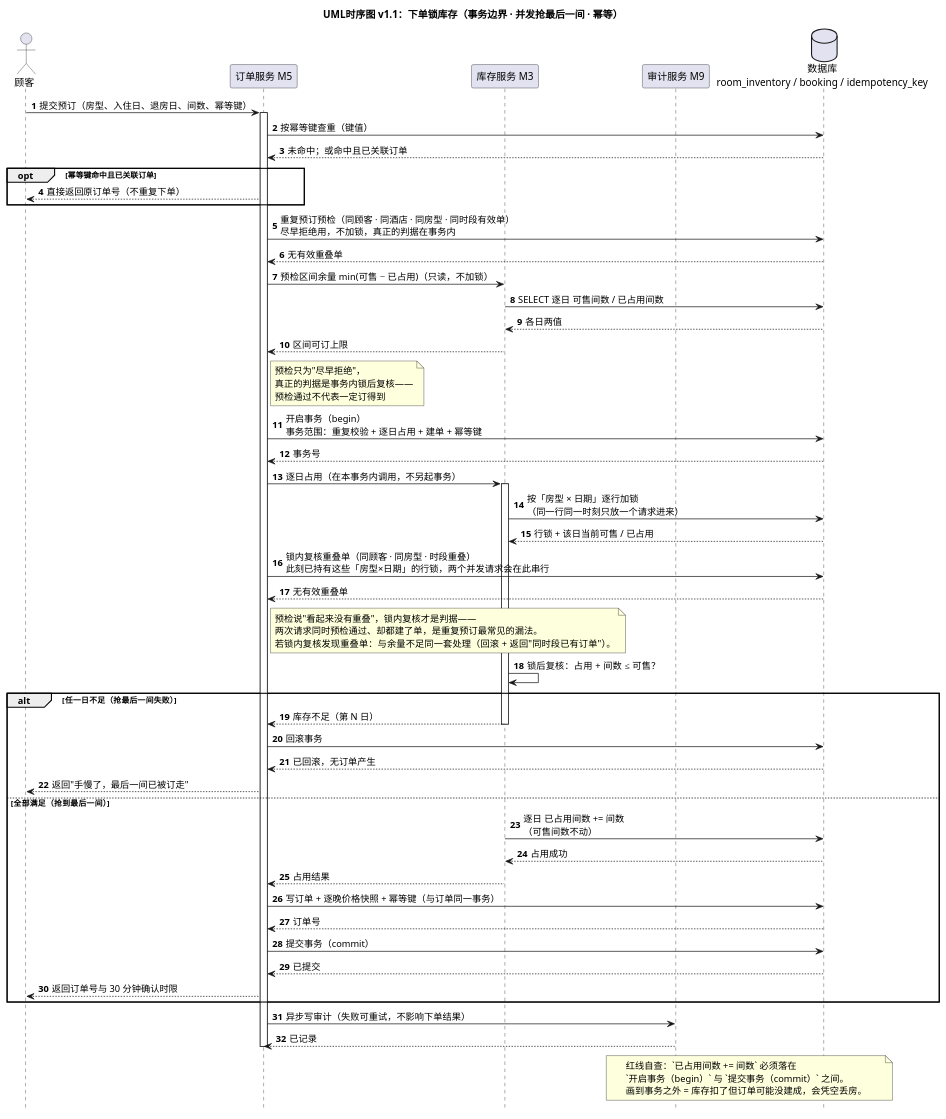
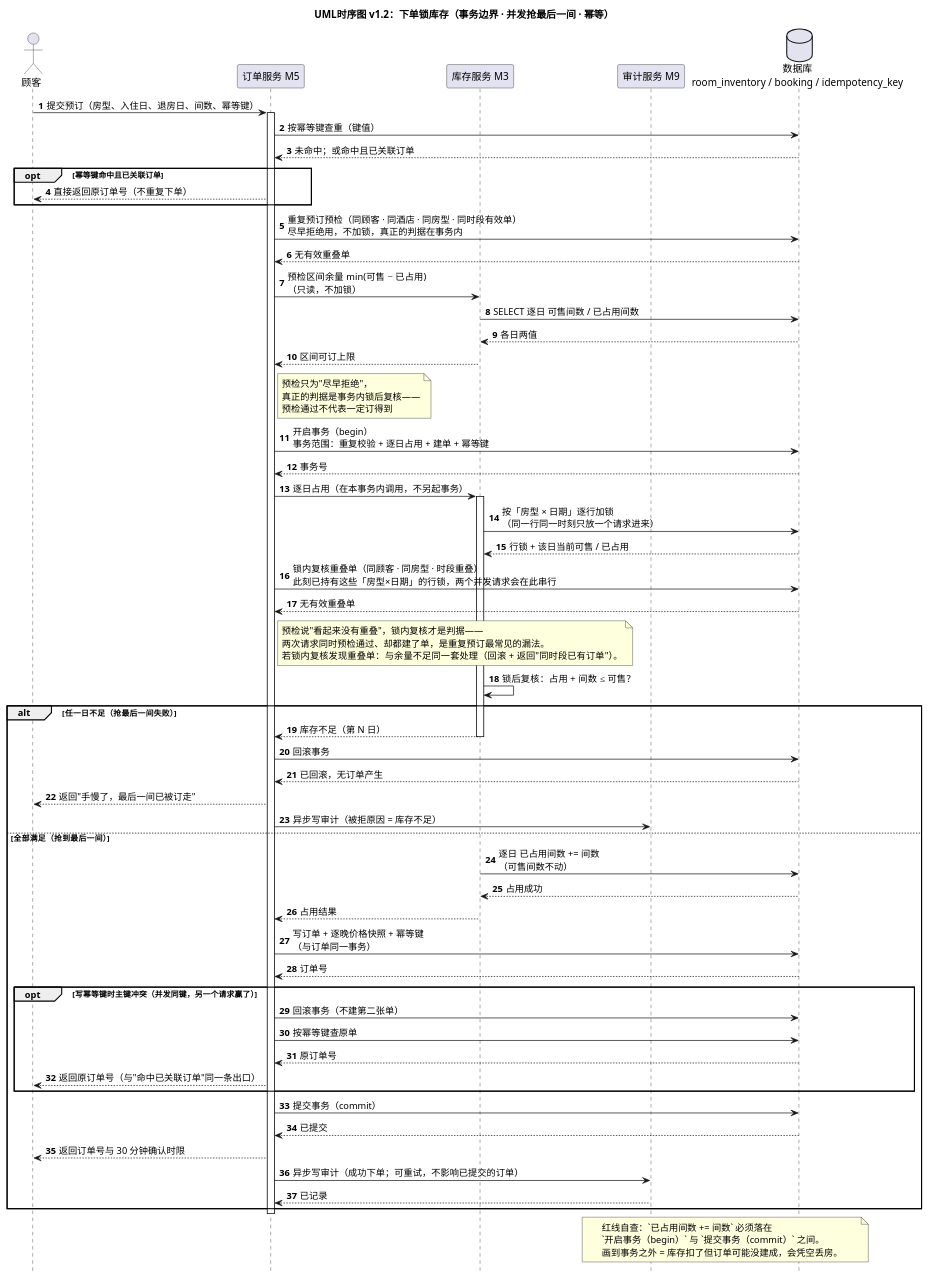
One commit to ChenYiFanAccount/softeng-lab1-requirements changed the diagram in exp2/UML/UML时序图-下单锁库存.puml. Above: the diagram before and after it, drawn with PlantUML. The commit also changed 7 other files, not shown here.

```diff
--- a/exp2/UML/UML时序图-下单锁库存.puml
+++ b/exp2/UML/UML时序图-下单锁库存.puml
@@ -1,74 +1,83 @@
 @startuml
-' 版本：v1.1（2026-11-12，S4 交互图，REQ-005 / REQ-006 / REQ-014 / REQ-019）
-' 修订：v1.0 把「重复预订校验」画在事务外，与 02 §5「重复校验在事务内」以及本图自己的事务范围说明打架；
-'      v1.1 拆成「事务外预检（尽早拒绝，不加锁）」+「锁内复核（真正的判据）」两步。
-title UML时序图 v1.1：下单锁库存（事务边界 · 并发抢最后一间 · 幂等）
+' 版本：v1.2（2026-11-12，S4 交互图，REQ-005 / REQ-006 / REQ-014 / REQ-019）
+' 修订：v1.0 把「重复预订校验」画在事务外，与 02 §5 事务范围及本图 begin 说明打架；
+'      v1.1 拆成「事务外预检（尽早拒绝）+ 锁内复核（判据）」；
+'      v1.2 按评审补 R-13（并发同键写幂等键主键冲突分支）、R-12（失败路径也写审计），并重排长消息避免叠字。
+title UML时序图 v1.2：下单锁库存（事务边界 · 并发抢最后一间 · 幂等）
 autonumber
 hide footbox
 
 actor 顾客 as C
 participant "订单服务 M5" as M5
 participant "库存服务 M3" as M3
 participant "审计服务 M9" as M9
 database "数据库\nroom_inventory / booking / idempotency_key" as DB
 
 C -> M5 : 提交预订（房型、入住日、退房日、间数、幂等键）
 activate M5
 
 M5 -> DB : 按幂等键查重（键值）
 DB --> M5 : 未命中；或命中且已关联订单
 
 opt 幂等键命中且已关联订单
   M5 --> C : 直接返回原订单号（不重复下单）
 end
 
 M5 -> DB : 重复预订预检（同顾客 · 同酒店 · 同房型 · 同时段有效单）\n尽早拒绝用，不加锁，真正的判据在事务内
 DB --> M5 : 无有效重叠单
 
-M5 -> M3 : 预检区间余量 min(可售 − 已占用)（只读，不加锁）
+M5 -> M3 : 预检区间余量 min(可售 − 已占用)\n（只读，不加锁）
 M3 -> DB : SELECT 逐日 可售间数 / 已占用间数
 DB --> M3 : 各日两值
 M3 --> M5 : 区间可订上限
 note right of M5 : 预检只为"尽早拒绝"，\n真正的判据是事务内锁后复核——\n预检通过不代表一定订得到
 
 M5 -> DB : 开启事务（begin）\n事务范围：重复校验 + 逐日占用 + 建单 + 幂等键
 DB --> M5 : 事务号
 
 M5 -> M3 : 逐日占用（在本事务内调用，不另起事务）
 activate M3
 M3 -> DB : 按「房型 × 日期」逐行加锁\n（同一行同一时刻只放一个请求进来）
 DB --> M3 : 行锁 + 该日当前可售 / 已占用
 M5 -> DB : 锁内复核重叠单（同顾客 · 同房型 · 时段重叠）\n此刻已持有这些「房型×日期」的行锁，两个并发请求会在此串行
 DB --> M5 : 无有效重叠单
 note right of M5 : 预检说"看起来没有重叠"，锁内复核才是判据——\n两次请求同时预检通过、却都建了单，是重复预订最常见的漏法。\n若锁内复核发现重叠单：与余量不足同一套处理（回滚 + 返回"同时段已有订单"）。
 M3 -> M3 : 锁后复核：占用 + 间数 ≤ 可售？
 
 alt 任一日不足（抢最后一间失败）
   M3 --> M5 : 库存不足（第 N 日）
   deactivate M3
   M5 -> DB : 回滚事务
   DB --> M5 : 已回滚，无订单产生
   M5 --> C : 返回"手慢了，最后一间已被订走"
+  M5 -> M9 : 异步写审计（被拒原因 = 库存不足）
 else 全部满足（抢到最后一间）
   M3 -> DB : 逐日 已占用间数 += 间数\n（可售间数不动）
   DB --> M3 : 占用成功
   M3 --> M5 : 占用结果
   deactivate M3
-  M5 -> DB : 写订单 + 逐晚价格快照 + 幂等键（与订单同一事务）
+  M5 -> DB : 写订单 + 逐晚价格快照 + 幂等键\n（与订单同一事务）
   DB --> M5 : 订单号
+
+  opt 写幂等键时主键冲突（并发同键，另一个请求赢了）
+    M5 -> DB : 回滚事务（不建第二张单）
+    M5 -> DB : 按幂等键查原单
+    DB --> M5 : 原订单号
+    M5 --> C : 返回原订单号（与"命中已关联订单"同一条出口）
+  end
+
   M5 -> DB : 提交事务（commit）
   DB --> M5 : 已提交
   M5 --> C : 返回订单号与 30 分钟确认时限
+  M5 -> M9 : 异步写审计（成功下单；可重试，不影响已提交的订单）
+  M9 --> M5 : 已记录
 end
-
-M5 -> M9 : 异步写审计（失败可重试，不影响下单结果）
-M9 --> M5 : 已记录
 
 deactivate M5
 
 note over DB, M9
   红线自查：`已占用间数 += 间数` 必须落在
   `开启事务（begin）` 与 `提交事务（commit）` 之间。
   画到事务之外 = 库存扣了但订单可能没建成，会凭空丢房。
 end note
 @enduml
```
